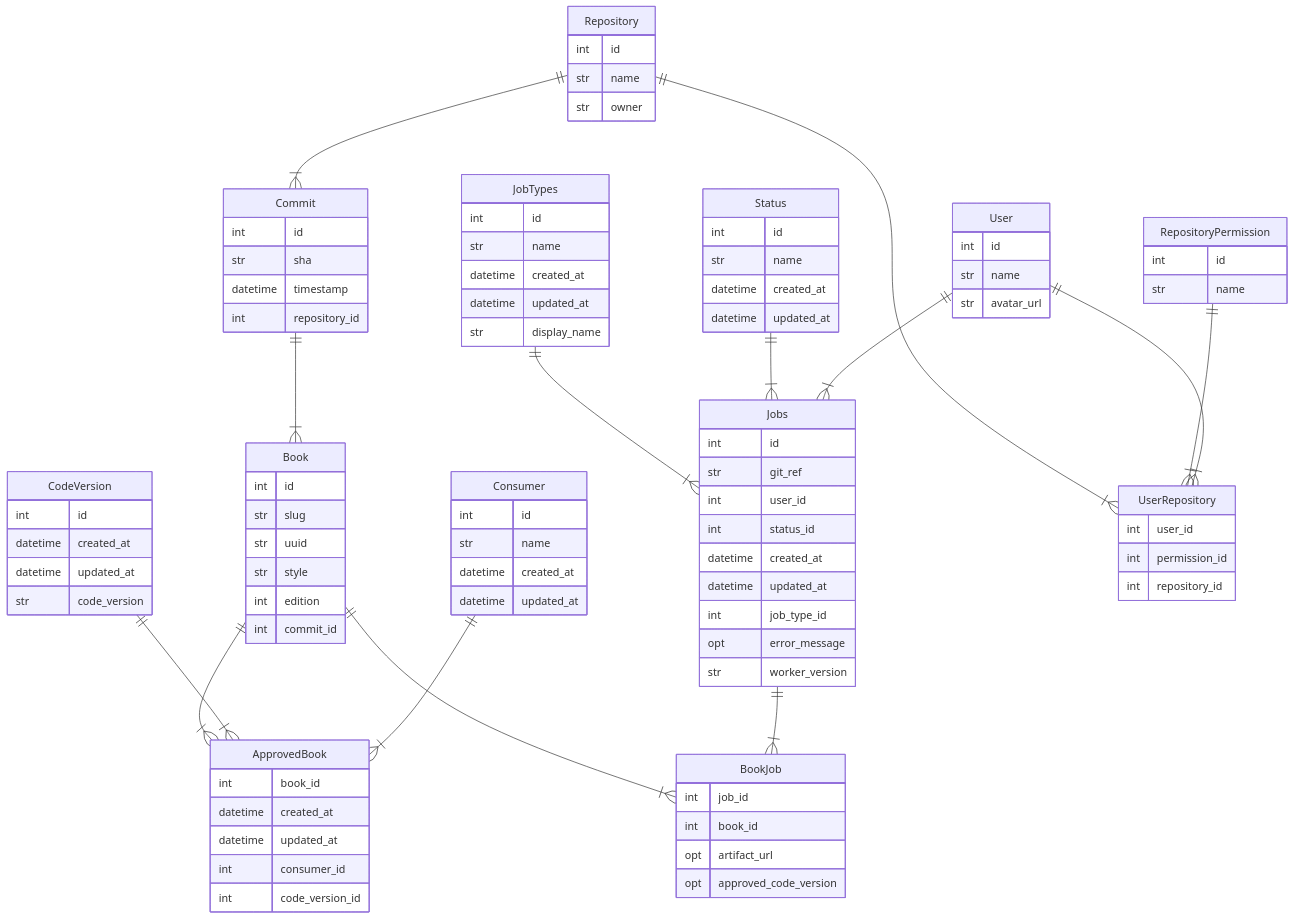
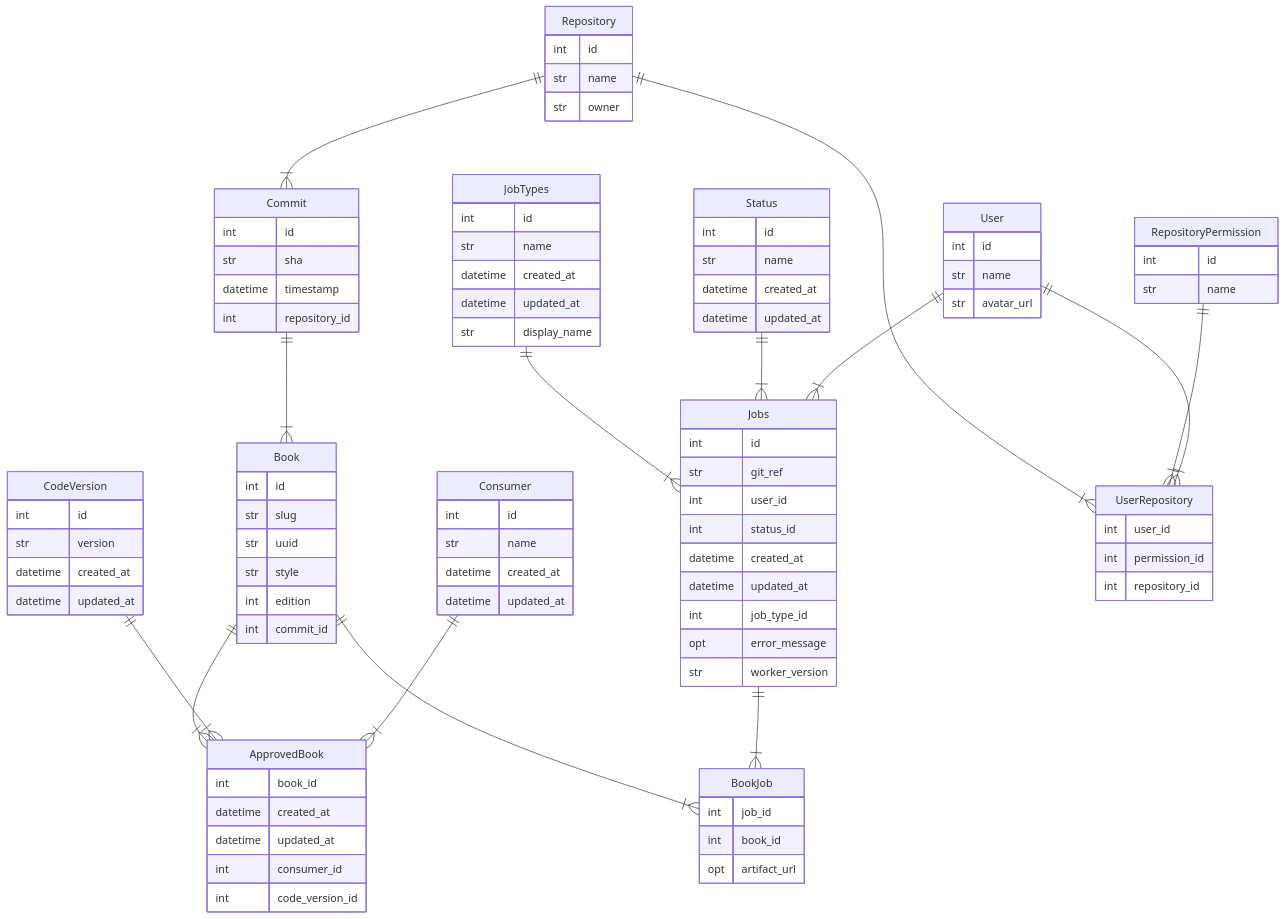
The diagram in README.md (openstax/corgi), drawn with Mermaid before and after one commit. The commit also changed 1 other file, not shown here.

Commit message:
Update ERD; fix typo in generate-erd
warn instead of warning (warn is deprecated)

```diff
--- a/README.md
+++ b/README.md
@@ -379,13 +379,12 @@
         int job_id
         int book_id
         opt artifact_url
-        opt approved_code_version
     }
     CodeVersion {
         int id
+        str version
         datetime created_at
         datetime updated_at
-        str code_version
     }
     Commit {
         int id
```
